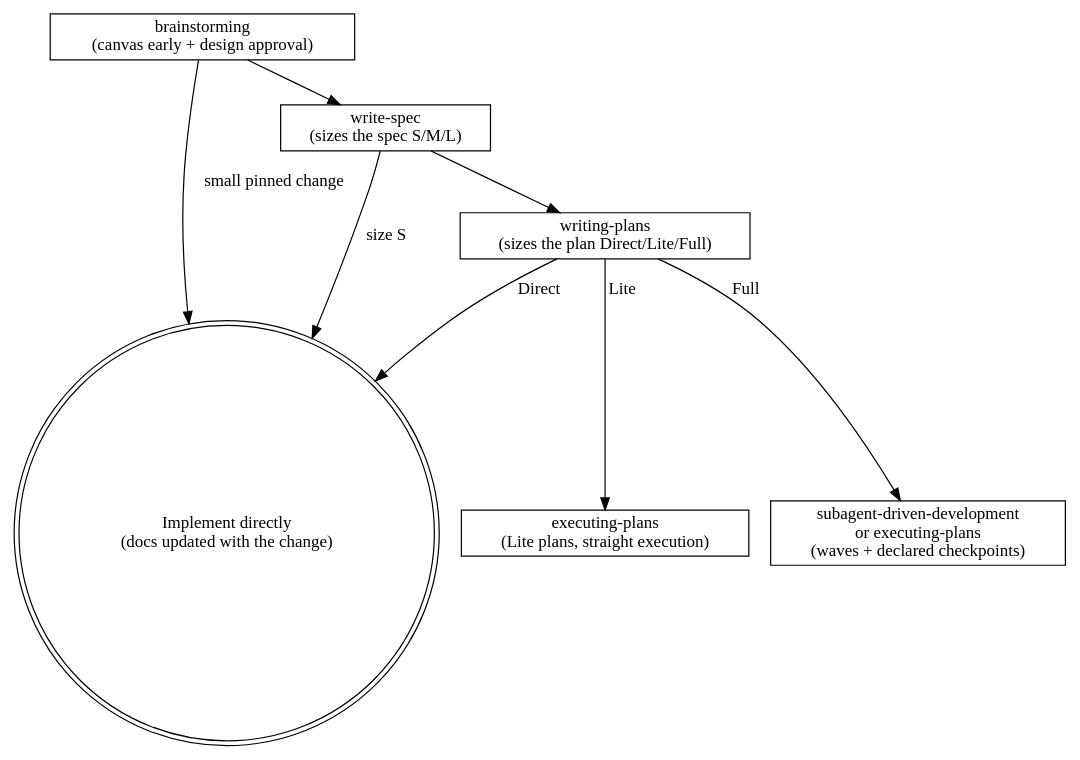
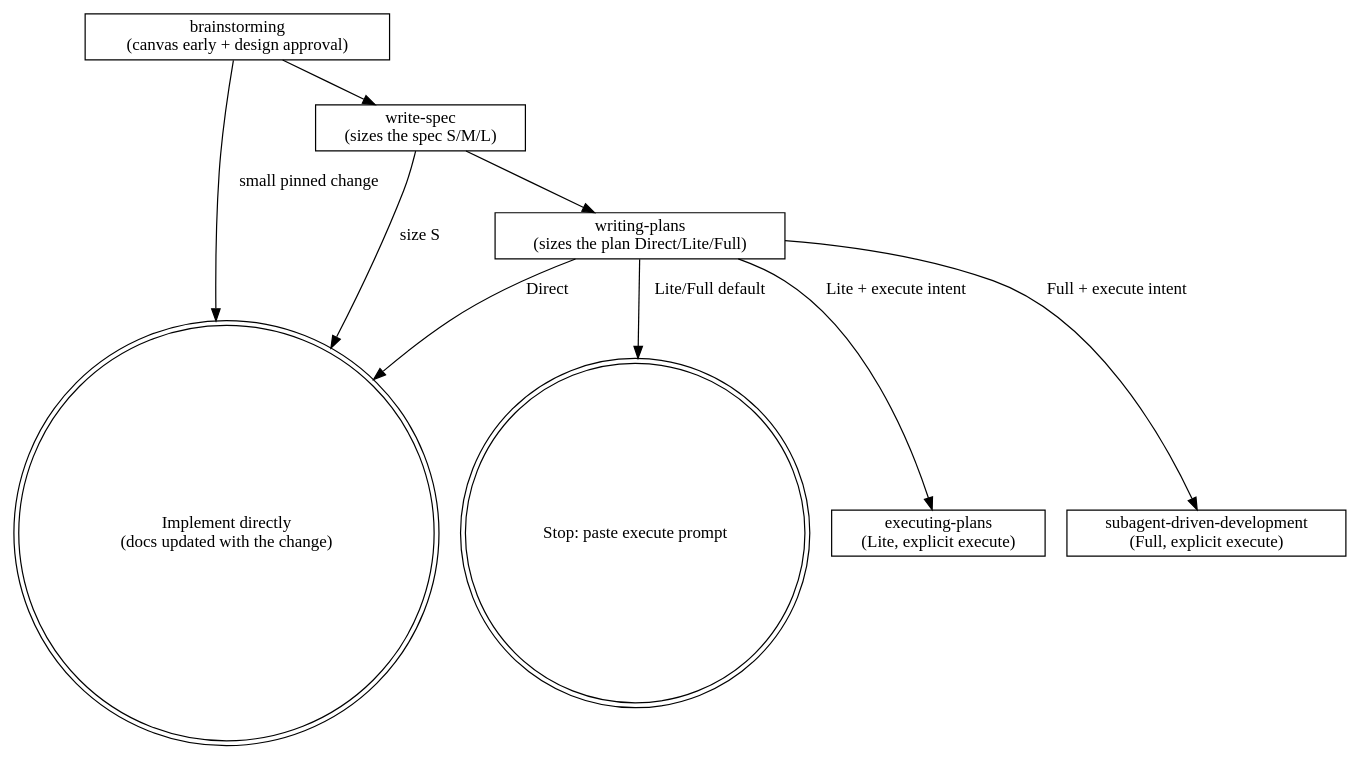
One commit to D3nnis72/Playbook changed the second of 2 diagrams in skills/using-playbook/SKILL.md. Above: the diagram before and after it, drawn with Graphviz. The commit also changed other lines of this file and 9 other files, not shown here.

````diff
--- a/skills/using-playbook/SKILL.md
+++ b/skills/using-playbook/SKILL.md
@@ -130,15 +130,17 @@
 ```dot
 digraph process_chain {
     rankdir=TB;
     node [shape=box];
     "Implement directly\n(docs updated with the change)" [shape=doublecircle];
+    "Stop: paste execute prompt" [shape=doublecircle];
 
     "brainstorming\n(canvas early + design approval)" -> "write-spec\n(sizes the spec S/M/L)";
     "brainstorming\n(canvas early + design approval)" -> "Implement directly\n(docs updated with the change)" [label="small pinned change"];
     "write-spec\n(sizes the spec S/M/L)" -> "writing-plans\n(sizes the plan Direct/Lite/Full)";
     "write-spec\n(sizes the spec S/M/L)" -> "Implement directly\n(docs updated with the change)" [label="size S"];
     "writing-plans\n(sizes the plan Direct/Lite/Full)" -> "Implement directly\n(docs updated with the change)" [label="Direct"];
-    "writing-plans\n(sizes the plan Direct/Lite/Full)" -> "executing-plans\n(Lite plans, straight execution)" [label="Lite"];
-    "writing-plans\n(sizes the plan Direct/Lite/Full)" -> "subagent-driven-development\nor executing-plans\n(waves + declared checkpoints)" [label="Full"];
+    "writing-plans\n(sizes the plan Direct/Lite/Full)" -> "Stop: paste execute prompt" [label="Lite/Full default"];
+    "writing-plans\n(sizes the plan Direct/Lite/Full)" -> "executing-plans\n(Lite, explicit execute)" [label="Lite + execute intent"];
+    "writing-plans\n(sizes the plan Direct/Lite/Full)" -> "subagent-driven-development\n(Full, explicit execute)" [label="Full + execute intent"];
 }
 ```
````
